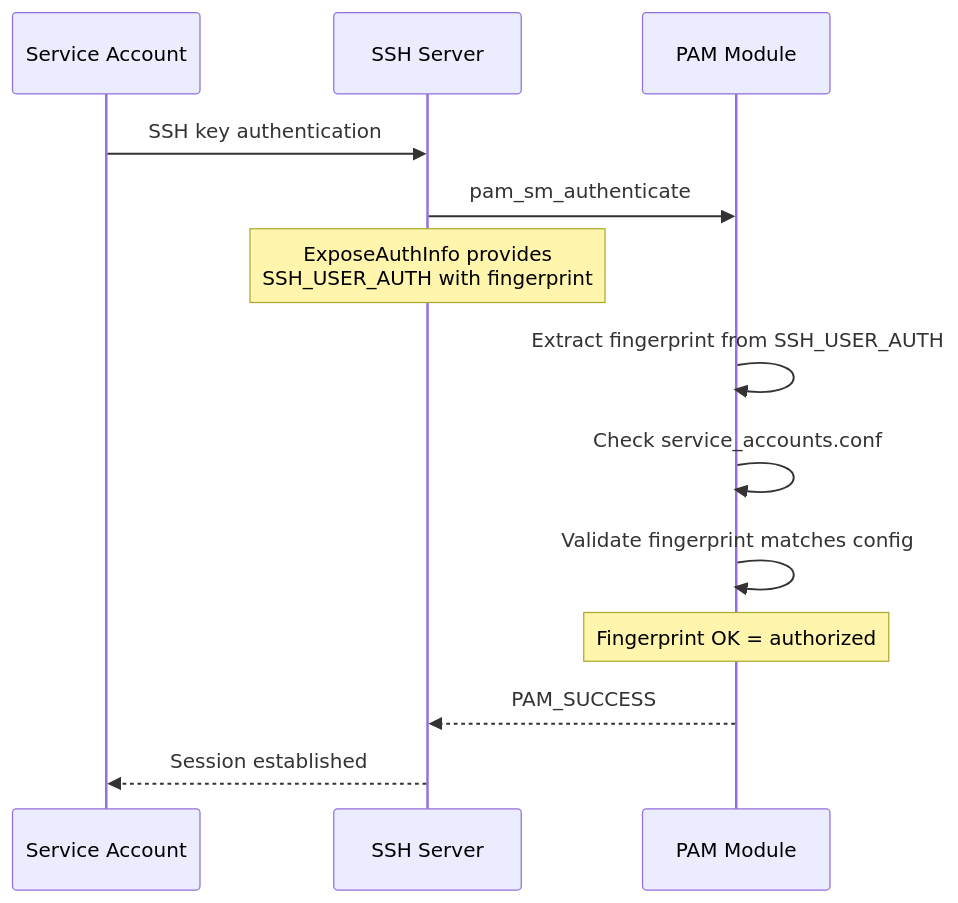
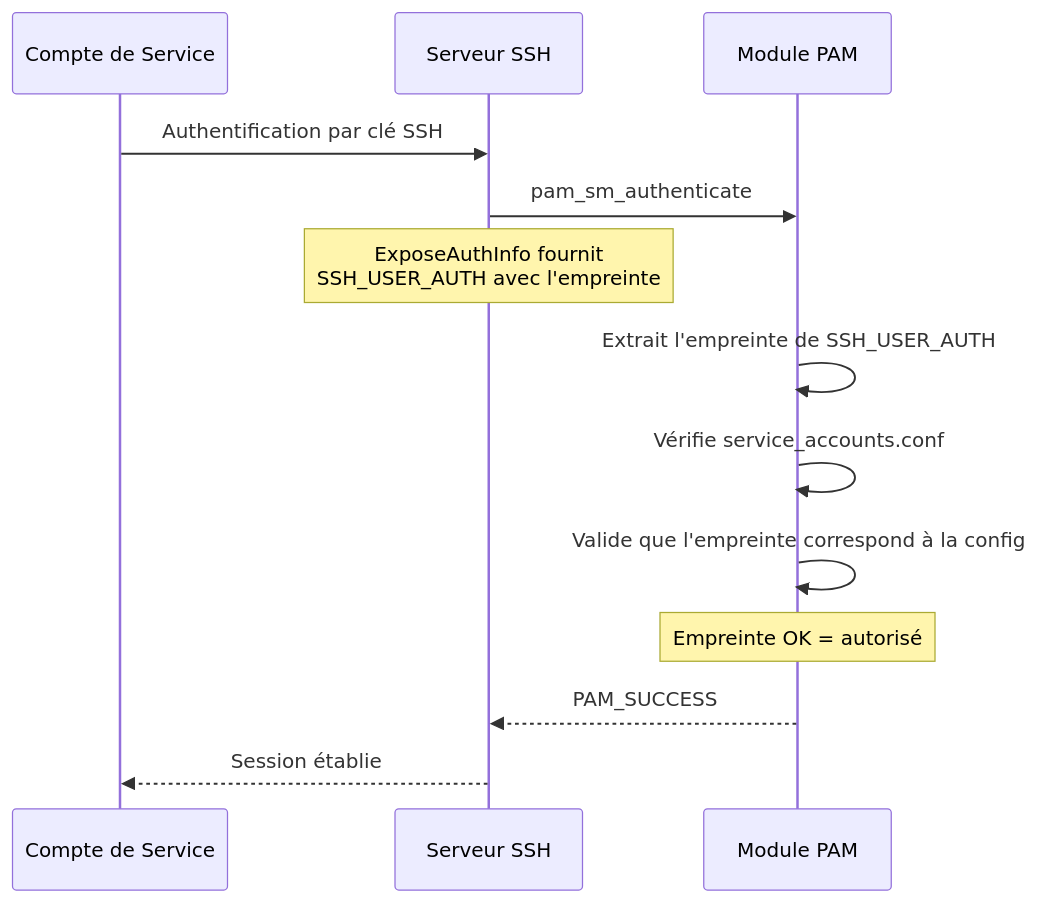
Before and after one commit to linagora/open-bastion: the fourth of 4 diagrams in doc/security/00-architecture.md, drawn with Mermaid. The commit also changed other lines of this file and 4 other files, not shown here.

````diff
--- a/doc/security/00-architecture.md
+++ b/doc/security/00-architecture.md
@@ -489,16 +522,16 @@
 ```mermaid
 sequenceDiagram
-    participant SA as Service Account
-    participant SSH as SSH Server
-    participant PAM as PAM Module
+    participant SA as Compte de Service
+    participant SSH as Serveur SSH
+    participant PAM as Module PAM
 
-    SA->>SSH: SSH key authentication
+    SA->>SSH: Authentification par clé SSH
     SSH->>PAM: pam_sm_authenticate
-    Note over SSH: ExposeAuthInfo provides<br/>SSH_USER_AUTH with fingerprint
-    PAM->>PAM: Extract fingerprint from SSH_USER_AUTH
-    PAM->>PAM: Check service_accounts.conf
-    PAM->>PAM: Validate fingerprint matches config
-    Note over PAM: Fingerprint OK = authorized
+    Note over SSH: ExposeAuthInfo fournit<br/>SSH_USER_AUTH avec l'empreinte
+    PAM->>PAM: Extrait l'empreinte de SSH_USER_AUTH
+    PAM->>PAM: Vérifie service_accounts.conf
+    PAM->>PAM: Valide que l'empreinte correspond à la config
+    Note over PAM: Empreinte OK = autorisé
     PAM-->>SSH: PAM_SUCCESS
-    SSH-->>SA: Session established
+    SSH-->>SA: Session établie
 ```
````
